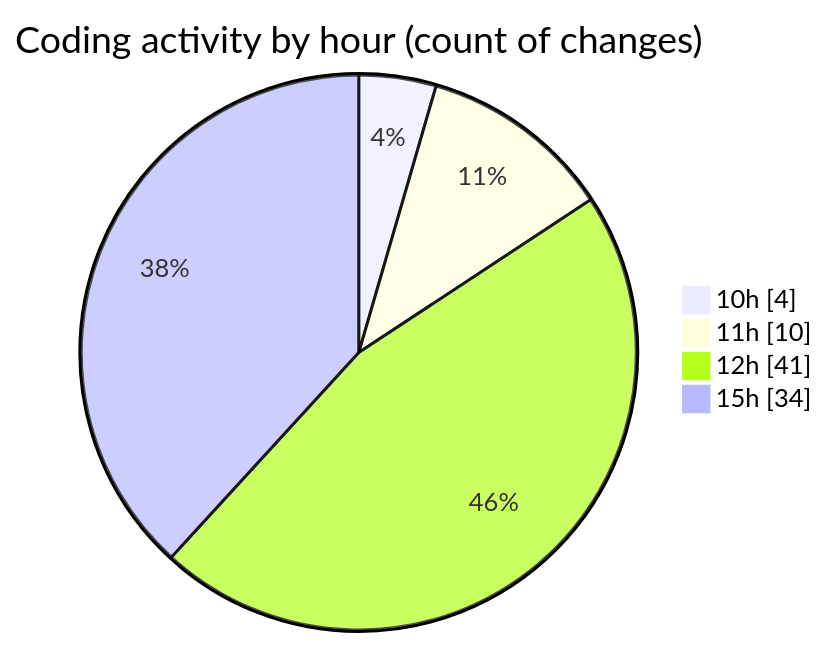
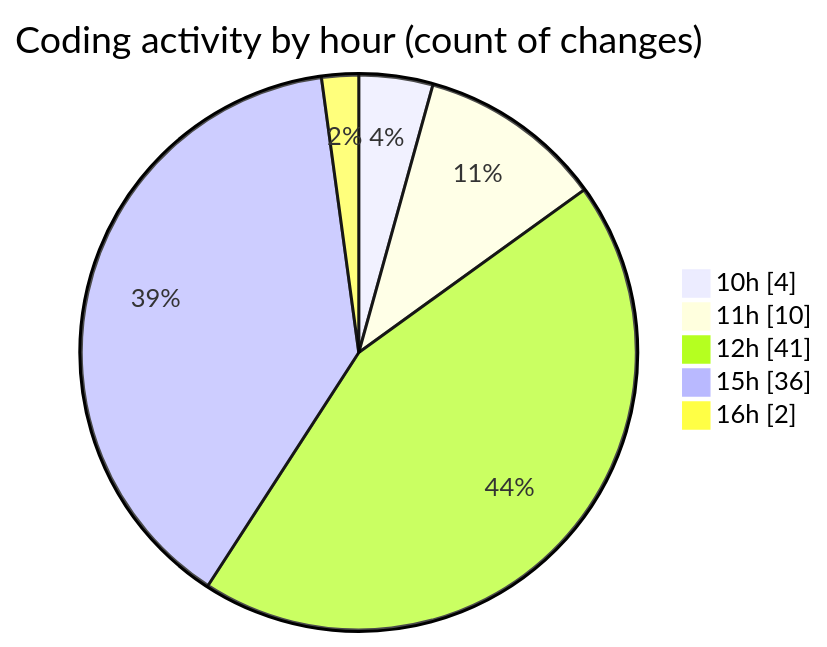
Before and after one commit to nxtqubesakshisongat/code-tracking: the second of 2 diagrams in 2026-03-05/nxtqube_webapp/README.md, drawn with Mermaid. The commit also changed other lines of this file and 1 other file, not shown here.

````diff
--- a/2026-03-05/nxtqube_webapp/README.md
+++ b/2026-03-05/nxtqube_webapp/README.md
@@ -31,8 +31,9 @@
 ```mermaid
 pie showData
 title Coding activity by hour (count of changes)
 "10h" : 4
 "11h" : 10
 "12h" : 41
-"15h" : 34
+"15h" : 36
+"16h" : 2
 ```
````
